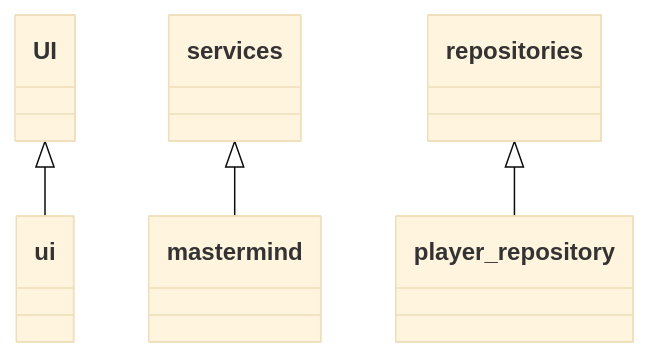
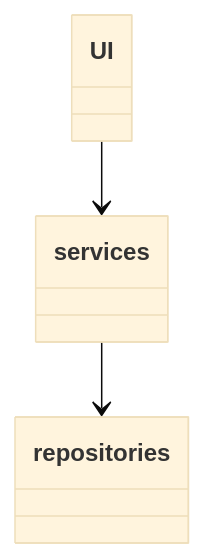
The diagram in dokumentaatio/arkkitehtuuri.md (kanuuna1/ohte), drawn with Mermaid (base theme) before and after one commit. The commit also changed other lines of this file and 8 other files, not shown here.

````diff
--- a/dokumentaatio/arkkitehtuuri.md
+++ b/dokumentaatio/arkkitehtuuri.md
@@ -3,7 +5,5 @@
 ```mermaid
 classDiagram
-    UI <|-- ui
-    services <|-- mastermind
-    repositories <|-- player_repository
-
+    UI --> services
+    services --> repositories
 ```
````
